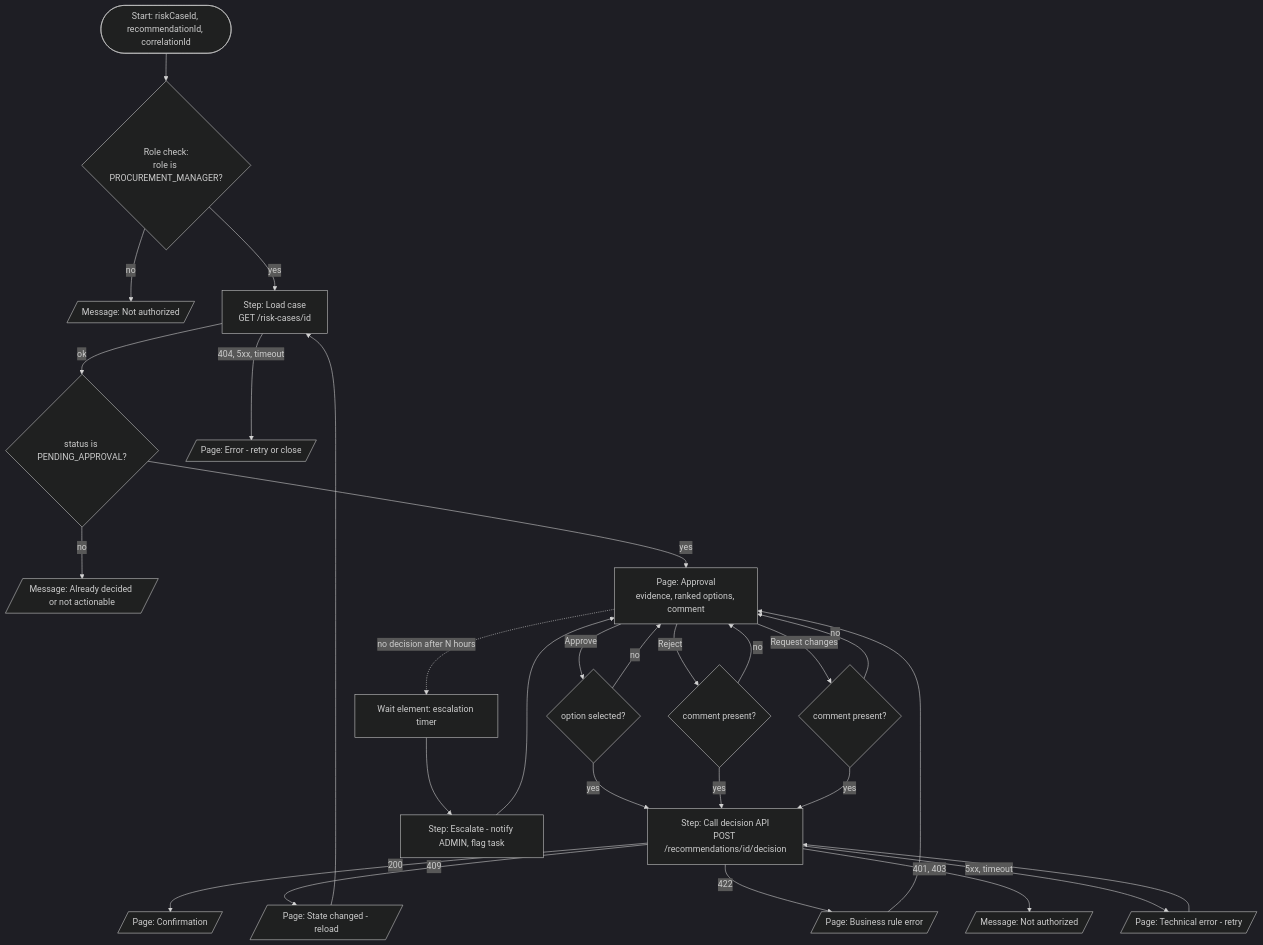
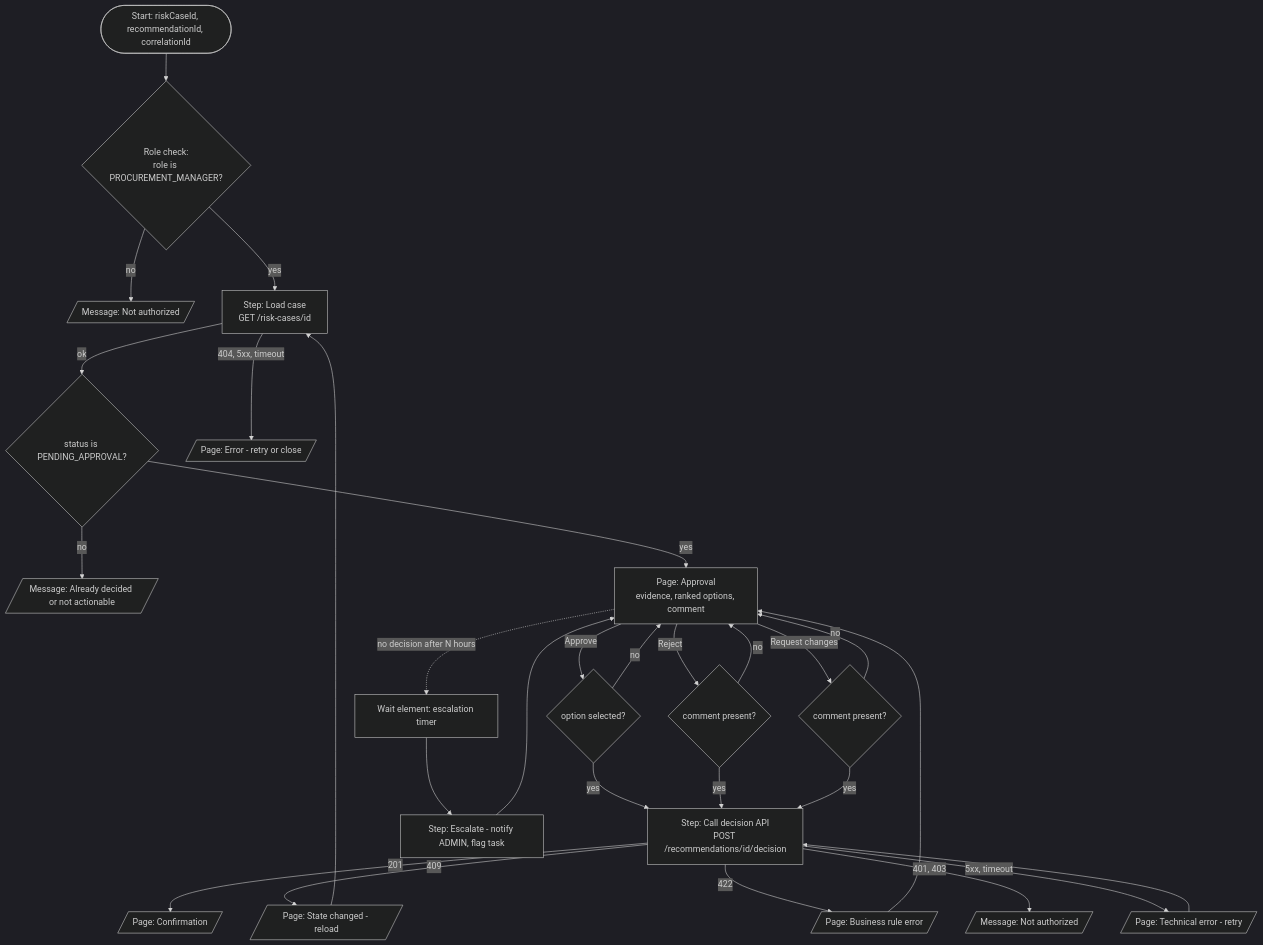
The diagram in boomi/flow/approval-flow-spec.md (SaiNikhil206/supplyguard-ai), drawn with Mermaid (dark theme) before and after one commit. The commit also changed other lines of this file and 4 other files, not shown here.

First line of the commit message:
docs(flow): align R-06 spec and test plan with real decision API

````diff
--- a/boomi/flow/approval-flow-spec.md
+++ b/boomi/flow/approval-flow-spec.md
@@ -6,29 +6,29 @@
 ```mermaid
 flowchart TD
   S([Start: riskCaseId, recommendationId, correlationId]) --> RC{Role check:<br/>role is PROCUREMENT_MANAGER?}
   RC -- no --> DENY[/Message: Not authorized/]
   RC -- yes --> L[Step: Load case<br/>GET /risk-cases/id]
   L -- ok --> ST{status is PENDING_APPROVAL?}
   L -- 404, 5xx, timeout --> ERR[/Page: Error - retry or close/]
   ST -- no --> DONE0[/Message: Already decided or not actionable/]
   ST -- yes --> P[Page: Approval<br/>evidence, ranked options, comment]
   P -- Approve --> V1{option selected?}
   P -- Reject --> V2{comment present?}
   P -- Request changes --> V3{comment present?}
   P -. no decision after N hours .-> ESC[Wait element: escalation timer]
   V1 -- no --> P
   V2 -- no --> P
   V3 -- no --> P
   V1 -- yes --> D[Step: Call decision API<br/>POST /recommendations/id/decision]
   V2 -- yes --> D
   V3 -- yes --> D
   ESC --> EM[Step: Escalate - notify ADMIN, flag task] --> P
-  D -- 200 --> C[/Page: Confirmation/]
+  D -- 201 --> C[/Page: Confirmation/]
   D -- 409 --> E409[/Page: State changed - reload/]
   D -- 422 --> E422[/Page: Business rule error/]
   D -- 401, 403 --> E403[/Message: Not authorized/]
   D -- 5xx, timeout --> E5[/Page: Technical error - retry/]
   E409 --> L
   E422 --> P
   E5 --> D
 ```
````
